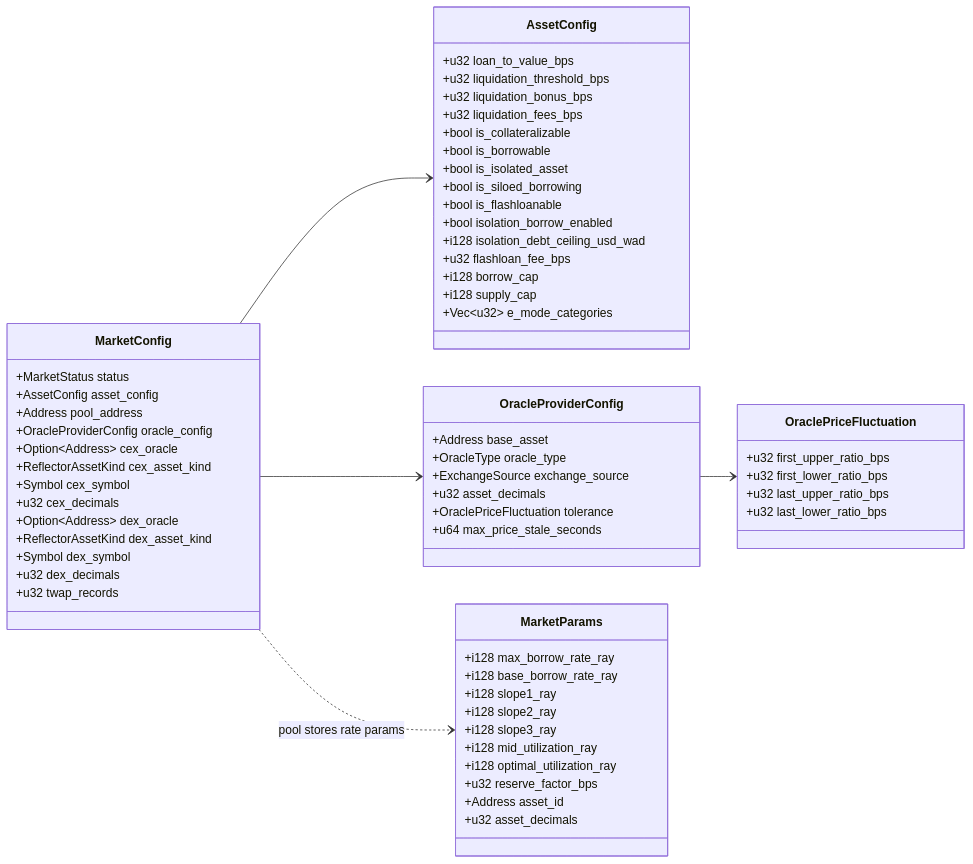
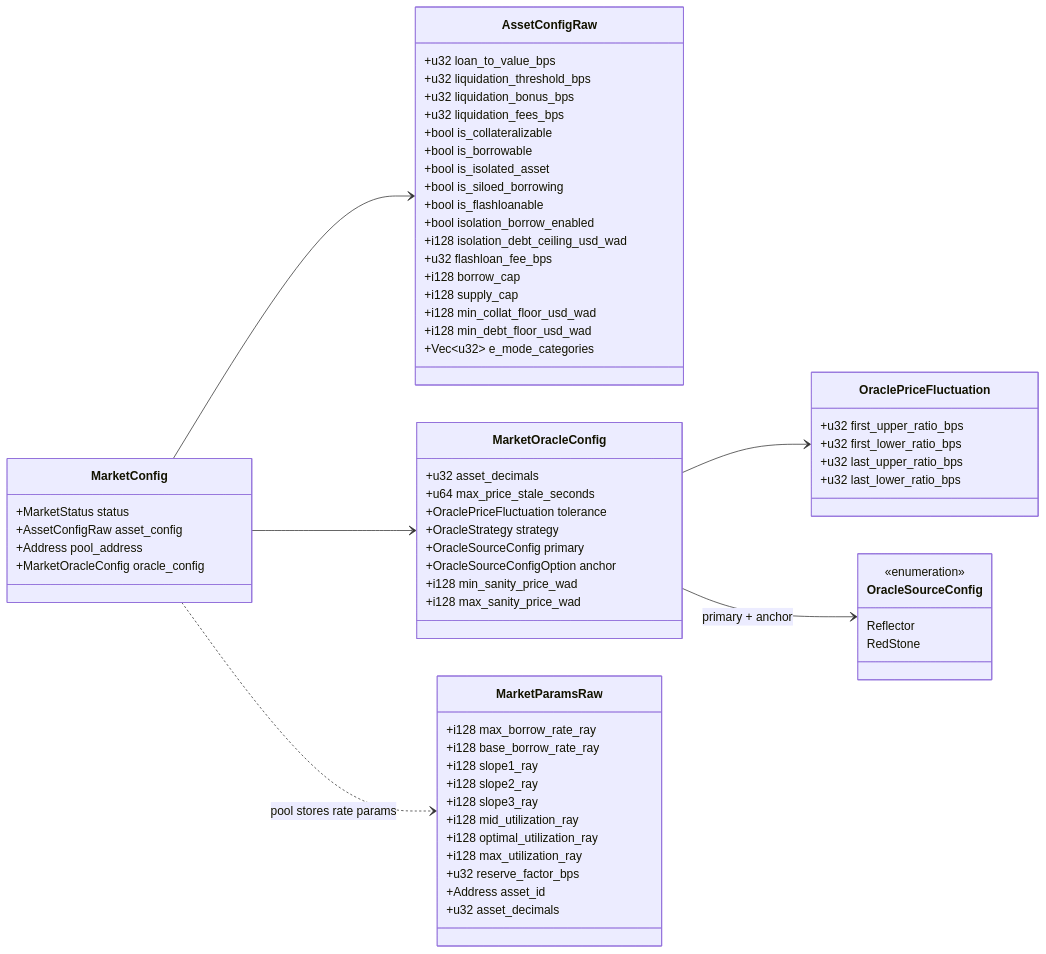
One commit to XOXNO/rs-lending-xlm changed the fourth of 14 diagrams in SCF_BUILD_ARCHITECTURE.md. Above: the diagram before and after it, drawn with Mermaid. The commit also changed other lines of this file and 39 other files, not shown here.

First line of the commit message:
docs: resync architecture docs with code and polish for clarity

````diff
--- a/SCF_BUILD_ARCHITECTURE.md
+++ b/SCF_BUILD_ARCHITECTURE.md
@@ -321,72 +362,75 @@
 ```mermaid
 classDiagram
     direction LR
 
     class MarketConfig {
         +MarketStatus status
-        +AssetConfig asset_config
+        +AssetConfigRaw asset_config
         +Address pool_address
-        +OracleProviderConfig oracle_config
-        +Option~Address~ cex_oracle
-        +ReflectorAssetKind cex_asset_kind
-        +Symbol cex_symbol
-        +u32 cex_decimals
-        +Option~Address~ dex_oracle
-        +ReflectorAssetKind dex_asset_kind
-        +Symbol dex_symbol
-        +u32 dex_decimals
-        +u32 twap_records
+        +MarketOracleConfig oracle_config
     }
 
-    class AssetConfig {
+    class AssetConfigRaw {
         +u32 loan_to_value_bps
         +u32 liquidation_threshold_bps
         +u32 liquidation_bonus_bps
         +u32 liquidation_fees_bps
         +bool is_collateralizable
         +bool is_borrowable
         +bool is_isolated_asset
         +bool is_siloed_borrowing
         +bool is_flashloanable
         +bool isolation_borrow_enabled
         +i128 isolation_debt_ceiling_usd_wad
         +u32 flashloan_fee_bps
         +i128 borrow_cap
         +i128 supply_cap
+        +i128 min_collat_floor_usd_wad
+        +i128 min_debt_floor_usd_wad
         +Vec~u32~ e_mode_categories
     }
 
-    class OracleProviderConfig {
-        +Address base_asset
-        +OracleType oracle_type
-        +ExchangeSource exchange_source
+    class MarketOracleConfig {
         +u32 asset_decimals
+        +u64 max_price_stale_seconds
         +OraclePriceFluctuation tolerance
-        +u64 max_price_stale_seconds
+        +OracleStrategy strategy
+        +OracleSourceConfig primary
+        +OracleSourceConfigOption anchor
+        +i128 min_sanity_price_wad
+        +i128 max_sanity_price_wad
+    }
+
+    class OracleSourceConfig {
+        <<enumeration>>
+        Reflector
+        RedStone
     }
 
     class OraclePriceFluctuation {
         +u32 first_upper_ratio_bps
         +u32 first_lower_ratio_bps
         +u32 last_upper_ratio_bps
         +u32 last_lower_ratio_bps
     }
 
-    class MarketParams {
+    class MarketParamsRaw {
         +i128 max_borrow_rate_ray
         +i128 base_borrow_rate_ray
         +i128 slope1_ray
         +i128 slope2_ray
         +i128 slope3_ray
         +i128 mid_utilization_ray
         +i128 optimal_utilization_ray
+        +i128 max_utilization_ray
         +u32 reserve_factor_bps
         +Address asset_id
         +u32 asset_decimals
     }
 
-    MarketConfig --> AssetConfig
-    MarketConfig --> OracleProviderConfig
-    OracleProviderConfig --> OraclePriceFluctuation
-    MarketConfig ..> MarketParams : pool stores rate params
+    MarketConfig --> AssetConfigRaw
+    MarketConfig --> MarketOracleConfig
+    MarketOracleConfig --> OraclePriceFluctuation
+    MarketOracleConfig --> OracleSourceConfig : primary + anchor
+    MarketConfig ..> MarketParamsRaw : pool stores rate params
 ```
````
